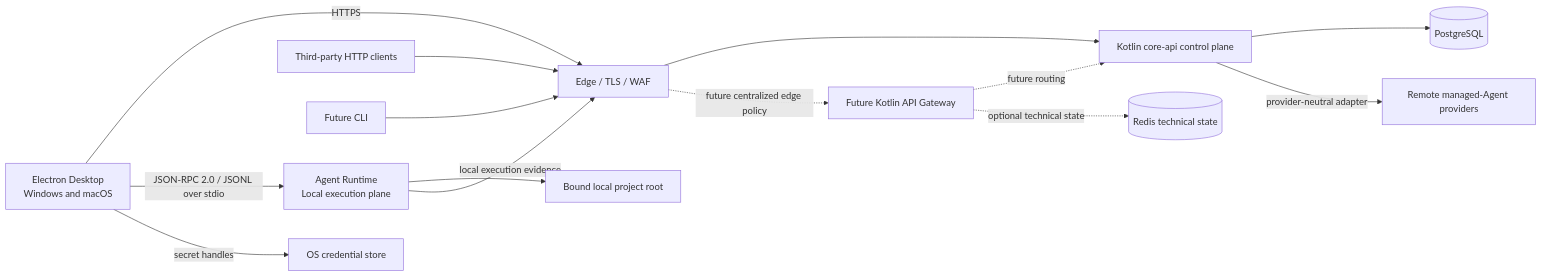
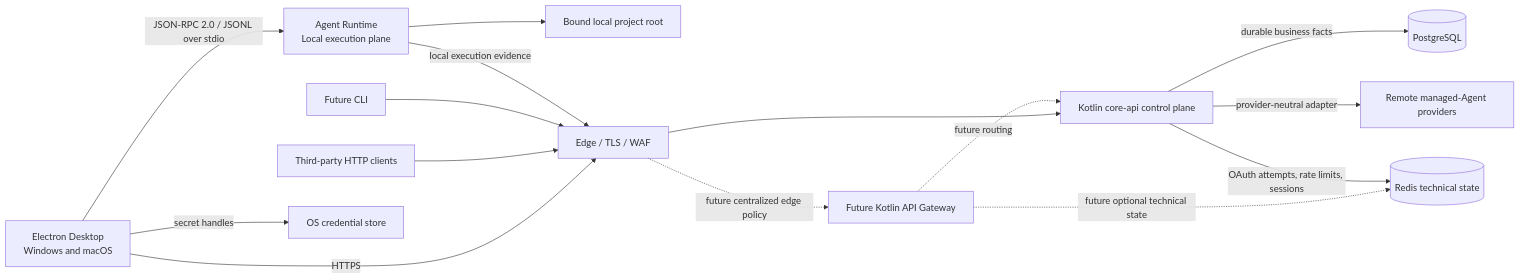
One commit to hataketed7977/taskpilot changed the first of 2 diagrams in docs/architecture.md. Above: the diagram before and after it, drawn with Mermaid. The commit also changed other lines of this file and 179 other files, not shown here.

````diff
--- a/docs/architecture.md
+++ b/docs/architecture.md
@@ -47,29 +47,30 @@
 ```mermaid
 flowchart LR
     desktop["Electron Desktop\nWindows and macOS"]
     runtime["Agent Runtime\nLocal execution plane"]
     workspace["Bound local project root"]
     external["Third-party HTTP clients"]
     cli["Future CLI"]
     edge["Edge / TLS / WAF"]
     gateway["Future Kotlin API Gateway"]
     api["Kotlin core-api control plane"]
     provider["Remote managed-Agent providers"]
     credential["OS credential store"]
     postgres[(PostgreSQL)]
     redis[(Redis technical state)]
 
     desktop -->|HTTPS| edge
     external --> edge
     cli --> edge
     edge --> api
     edge -.->|future centralized edge policy| gateway
     gateway -.->|future routing| api
-    gateway -.->|optional technical state| redis
-    api --> postgres
+    gateway -.->|future optional technical state| redis
+    api -->|durable business facts| postgres
+    api -->|OAuth attempts, rate limits, sessions| redis
     api -->|provider-neutral adapter| provider
     desktop -->|JSON-RPC 2.0 / JSONL over stdio| runtime
     runtime --> workspace
     runtime -->|local execution evidence| edge
     desktop -->|secret handles| credential
 ```
````
